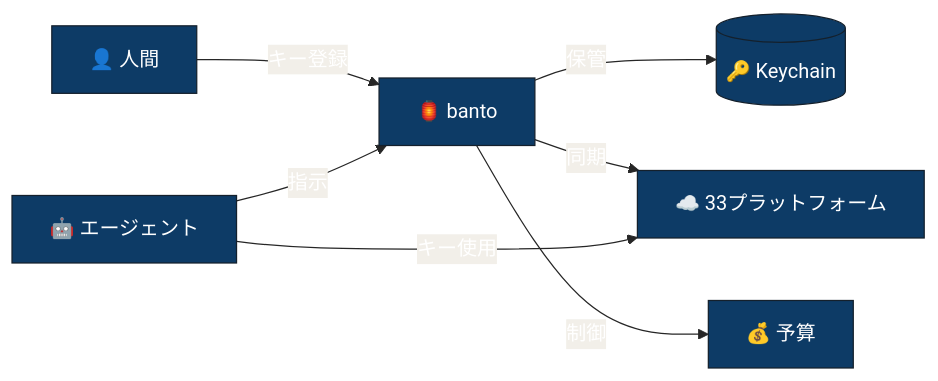
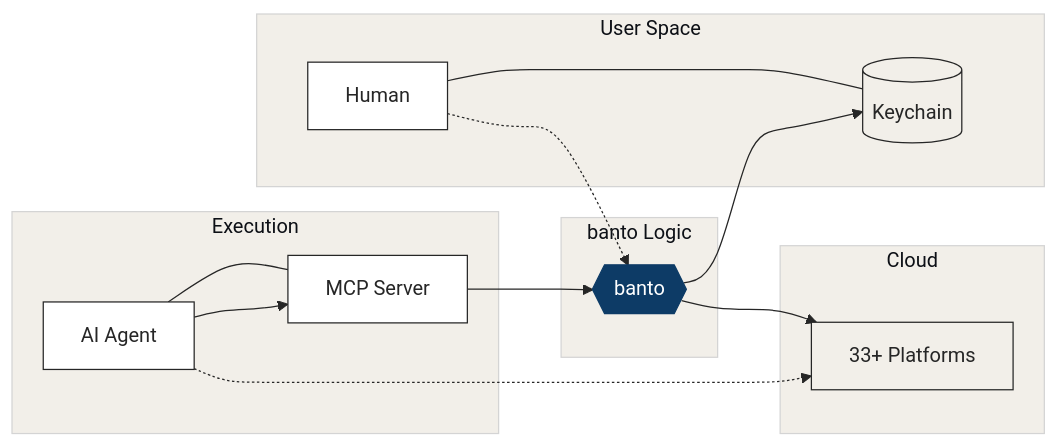
Before and after one commit to allnew-llc/banto: the diagram in README.ja.md, drawn with Mermaid. The commit also changed 1 other file, not shown here.

Commit message:
design: refined Mermaid diagram — clean subgraph layout
White nodes with 墨 borders, banto node in 藍, Keychain/Platforms
in 練色. Subgraphs: User Space, banto Logic, Execution, Cloud.
Dashed lines for human interaction, solid for agent flow.

````diff
--- a/README.ja.md
+++ b/README.ja.md
@@ -29,10 +29,39 @@
 ```mermaid
-%%{init: {'theme': 'base', 'themeVariables': { 'primaryColor': '#0D3B66', 'primaryTextColor': '#fff', 'lineColor': '#262626', 'edgeLabelBackground':'#F2EFE9', 'secondaryColor': '#F2EFE9'}}}%%
+%%{init: {
+  'theme': 'base',
+  'themeVariables': {
+    'primaryColor': '#ffffff',
+    'primaryTextColor': '#262626',
+    'primaryBorderColor': '#262626',
+    'lineColor': '#262626',
+    'secondaryColor': '#0D3B66',
+    'tertiaryColor': '#F2EFE9'
+  }
+}}%%
 graph LR
-    H["👤 人間"] -->|キー登録| B["🏮 banto"]
-    A["🤖 エージェント"] -->|指示| B
-    B -->|保管| K[("🔑 Keychain")]
-    B -->|同期| T["☁️ 33プラットフォーム"]
-    B -->|制御| BG["💰 予算"]
-    A -->|キー使用| T
+    subgraph Setup ["User Space"]
+        H[Human] --- KC[(Keychain)]
+    end
+
+    subgraph Core ["banto Logic"]
+        B{{"banto"}}
+    end
+
+    subgraph Agents ["Execution"]
+        A[AI Agent] --- M[MCP Server]
+    end
+
+    subgraph Target ["Cloud"]
+        P[33+ Platforms]
+    end
+
+    H -.-> B
+    A --> M --> B
+    B --> KC
+    B --> P
+    A -.-> P
+
+    style B fill:#0D3B66,color:#fff,stroke:#0D3B66
+    style KC fill:#F2EFE9,stroke:#262626
+    style P fill:#F2EFE9,stroke:#262626
 ```
````
